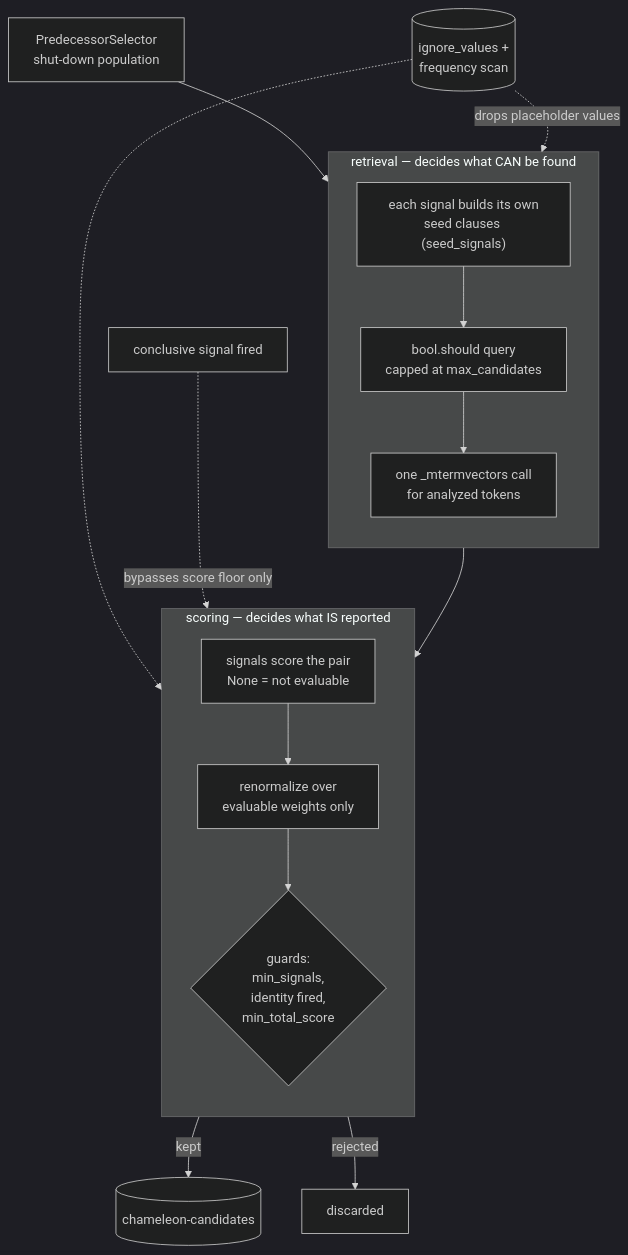
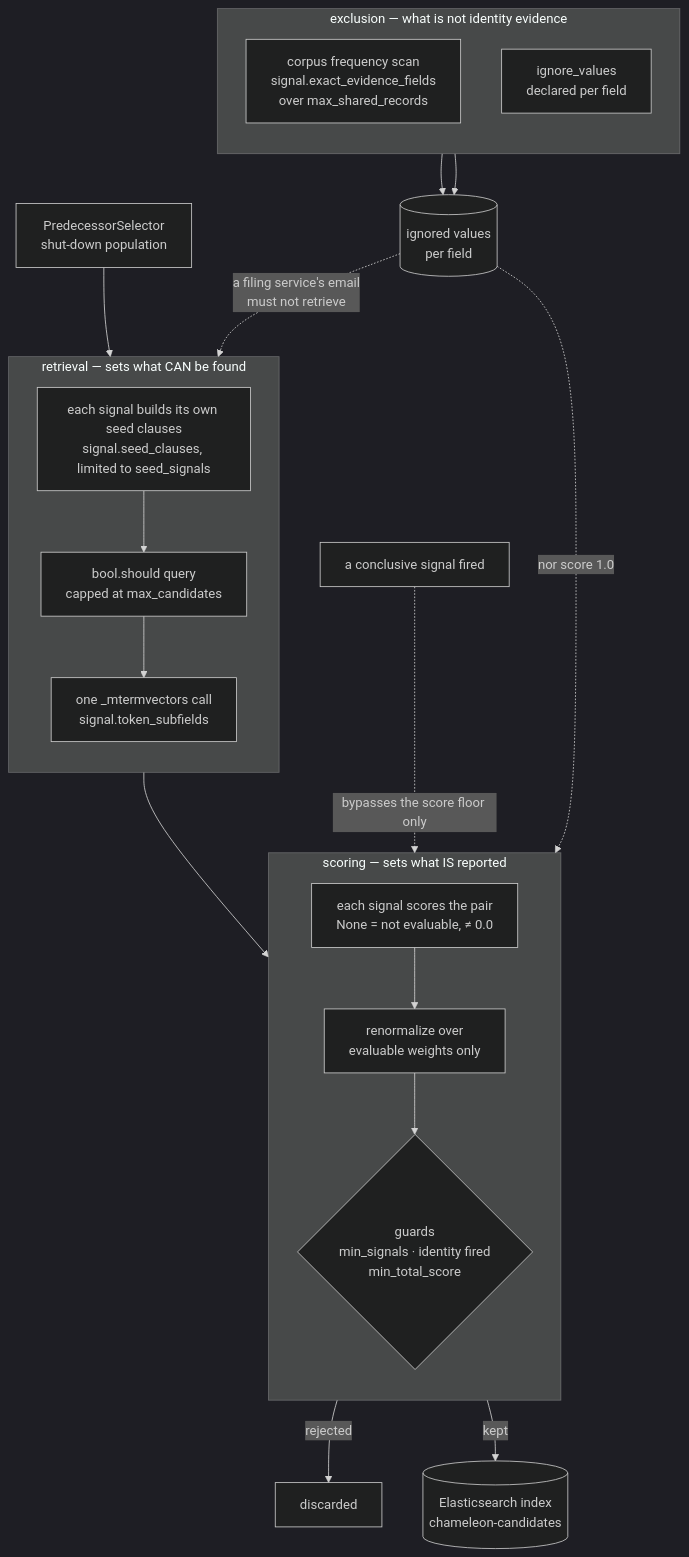
Before and after one commit to freemansoft/entitopia: the third of 4 diagrams in README.md, drawn with Mermaid (dark theme). The commit also changed other lines of this file and 2 other files, not shown here.

Commit message:
Label output as an Elasticsearch index; flag record counts as point-in-time
The pipeline diagram called its result a "candidate pairs index" while the
node beside it said "Elasticsearch index", which reads as two different kinds
of thing. Both are Elasticsearch indexes and now say so, as does the
chameleon-candidates node in the entity-match diagram.

Every count in these READMEs is a measurement against one extract, but nothing
said so, and several are load-bearing in arguments -- "36,788 of 5,647,567
documents dropped" is what makes a hazard concrete. The risk is a reader
treating them as invariants: asserting one in a test, or concluding their own
download is broken because it disagrees. FMCSA republishes continuously and CMS
has renamed columns mid-flight before, so drift is the normal case rather than
the exception. Each README now says which extract its numbers came from and
that a fresh measurement wins.

Claude-Session: https://claude.ai/code/session_01VD8w8kLCzVqahkbascqRmv

````diff
--- a/README.md
+++ b/README.md
@@ -105,27 +120,36 @@
 ```mermaid
 flowchart TB
     Sel[PredecessorSelector<br/>shut-down population] --> Seed
 
-    subgraph retrieve["retrieval — decides what CAN be found"]
+    subgraph retrieve["retrieval — sets what CAN be found"]
         direction TB
-        Seed["each signal builds its own<br/>seed clauses (seed_signals)"]
-        Cands[bool.should query<br/>capped at max_candidates]
-        Tokens[one _mtermvectors call<br/>for analyzed tokens]
+        Seed["each signal builds its own seed clauses<br/>signal.seed_clauses, limited to seed_signals"]
+        Cands["bool.should query<br/>capped at max_candidates"]
+        Tokens["one _mtermvectors call<br/>signal.token_subfields"]
         Seed --> Cands --> Tokens
     end
 
-    subgraph score["scoring — decides what IS reported"]
+    subgraph score["scoring — sets what IS reported"]
         direction TB
-        Sig[signals score the pair<br/>None = not evaluable]
-        Norm[renormalize over<br/>evaluable weights only]
-        Guard{"guards:<br/>min_signals,<br/>identity fired,<br/>min_total_score"}
+        Sig["each signal scores the pair<br/>None = not evaluable, ≠ 0.0"]
+        Norm["renormalize over<br/>evaluable weights only"]
+        Guard{"guards<br/>min_signals · identity fired<br/>min_total_score"}
         Sig --> Norm --> Guard
     end
 
-    Ignore[(ignore_values +<br/>frequency scan)] -.->|drops placeholder values| Seed
-    Ignore -.-> Sig
+    subgraph exclude["exclusion — what is not identity evidence"]
+        direction TB
+        Scan["corpus frequency scan<br/>signal.exact_evidence_fields<br/>over max_shared_records"]
+        Decl["ignore_values<br/>declared per field"]
+    end
+
+    Scan --> Ignore[(ignored values<br/>per field)]
+    Decl --> Ignore
+    Ignore -.->|"a filing service's email<br/>must not retrieve"| Seed
+    Ignore -.->|"nor score 1.0"| Sig
+
     Tokens --> Sig
-    Guard -->|kept| Out[(chameleon-candidates)]
+    Conc["a conclusive signal fired"] -.->|"bypasses the score floor only"| Guard
+    Guard -->|kept| Out[("Elasticsearch index<br/>chameleon-candidates")]
     Guard -->|rejected| Drop["discarded"]
-    Conc[conclusive signal fired] -.->|bypasses score floor only| Guard
 ```
````
